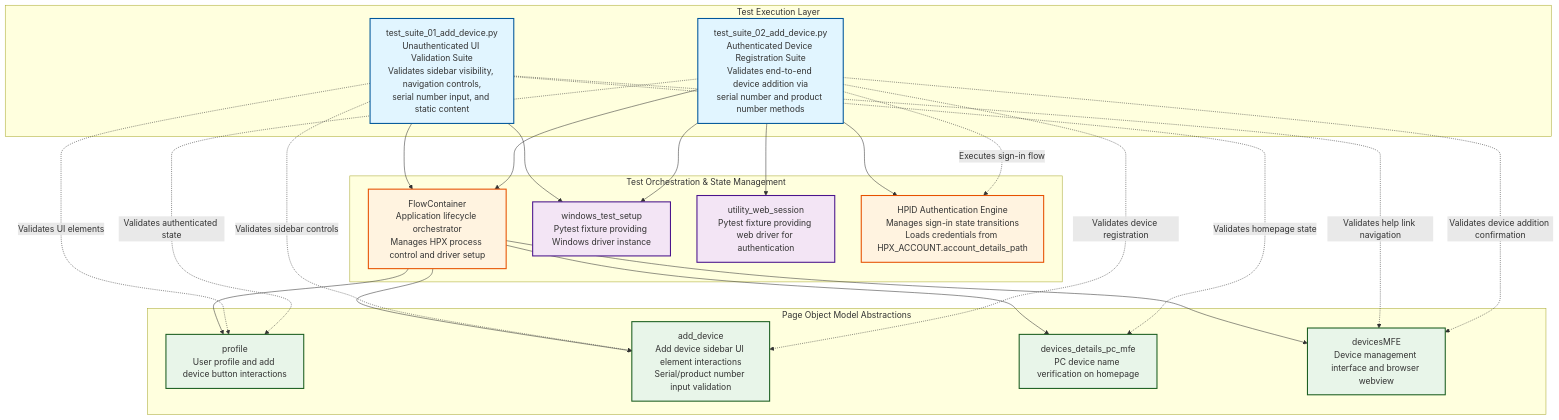
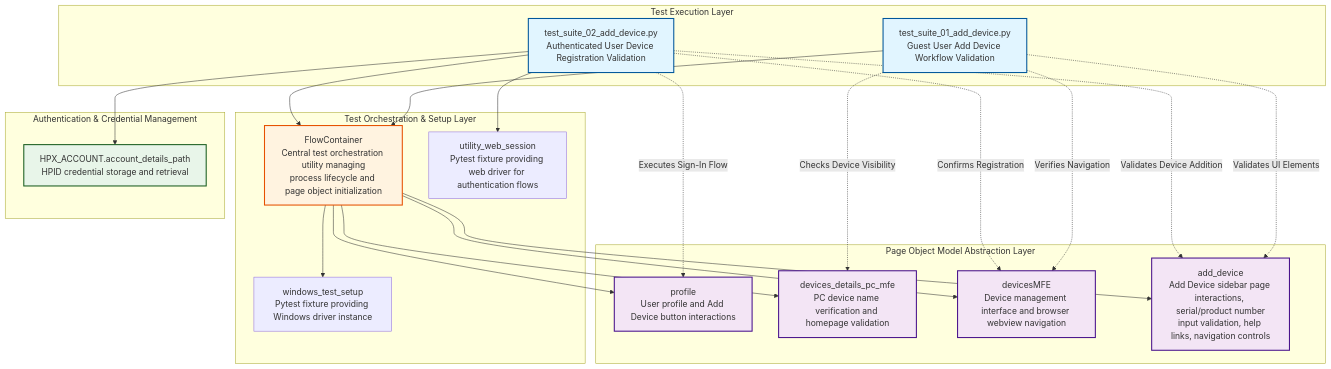
One commit to karthikeyansubhash/mobileappsrepo changed the diagram in Index_by_API/Docs/codebase_master_architecture_part_1.md. Above: the diagram before and after it, drawn with Mermaid. The commit also changed other lines of this file, not shown here.

Commit message:
Master Codebase Architecture Report Part 1

````diff
--- a/Index_by_API/Docs/codebase_master_architecture_part_1.md
+++ b/Index_by_API/Docs/codebase_master_architecture_part_1.md
@@ -36,54 +36,53 @@
 ```mermaid
 graph TB
     subgraph "Test Execution Layer"
-        TS1["test_suite_01_add_device.py<br/>Unauthenticated UI Validation Suite<br/>Validates sidebar visibility, navigation controls,<br/>serial number input, and static content"]
-        TS2["test_suite_02_add_device.py<br/>Authenticated Device Registration Suite<br/>Validates end-to-end device addition via<br/>serial number and product number methods"]
+        TS01[test_suite_01_add_device.py<br/>Guest User Add Device Workflow Validation]
+        TS02[test_suite_02_add_device.py<br/>Authenticated User Device Registration Validation]
     end
-
-    subgraph "Test Orchestration & State Management"
-        FC["FlowContainer<br/>Application lifecycle orchestrator<br/>Manages HPX process control and driver setup"]
-        WTS["windows_test_setup<br/>Pytest fixture providing Windows driver instance"]
-        UWS["utility_web_session<br/>Pytest fixture providing web driver for authentication"]
-        HPID["HPID Authentication Engine<br/>Manages sign-in state transitions<br/>Loads credentials from HPX_ACCOUNT.account_details_path"]
+    
+    subgraph "Test Orchestration & Setup Layer"
+        FC[FlowContainer<br/>Central test orchestration utility managing<br/>process lifecycle and page object initialization]
+        WTS[windows_test_setup<br/>Pytest fixture providing Windows driver instance]
+        UWS[utility_web_session<br/>Pytest fixture providing web driver for authentication flows]
     end
-
-    subgraph "Page Object Model Abstractions"
-        PROFILE["profile<br/>User profile and add device button interactions"]
-        ADD_DEV["add_device<br/>Add device sidebar UI element interactions<br/>Serial/product number input validation"]
-        DEV_DETAILS["devices_details_pc_mfe<br/>PC device name verification on homepage"]
-        DEV_MFE["devicesMFE<br/>Device management interface and browser webview"]
+    
+    subgraph "Page Object Model Abstraction Layer"
+        PROF[profile<br/>User profile and Add Device button interactions]
+        DDPC[devices_details_pc_mfe<br/>PC device name verification and homepage validation]
+        DMFE[devicesMFE<br/>Device management interface and browser webview navigation]
+        ADDDEV[add_device<br/>Add Device sidebar page interactions, serial/product number<br/>input validation, help links, navigation controls]
     end
-
-    TS1 --> FC
-    TS1 --> WTS
-    TS2 --> FC
-    TS2 --> WTS
-    TS2 --> UWS
-    TS2 --> HPID
-
-    FC --> PROFILE
-    FC --> ADD_DEV
-    FC --> DEV_DETAILS
-    FC --> DEV_MFE
-
-    TS1 -.->|Validates UI elements| PROFILE
-    TS1 -.->|Validates sidebar controls| ADD_DEV
-    TS1 -.->|Validates homepage state| DEV_DETAILS
-    TS1 -.->|Validates help link navigation| DEV_MFE
-
-    TS2 -.->|Executes sign-in flow| HPID
-    TS2 -.->|Validates authenticated state| PROFILE
-    TS2 -.->|Validates device registration| ADD_DEV
-    TS2 -.->|Validates device addition confirmation| DEV_MFE
-
-    style TS1 fill:#e1f5ff,stroke:#01579b,stroke-width:2px
-    style TS2 fill:#e1f5ff,stroke:#01579b,stroke-width:2px
+    
+    subgraph "Authentication & Credential Management"
+        HPID[HPX_ACCOUNT.account_details_path<br/>HPID credential storage and retrieval]
+    end
+    
+    TS01 --> FC
+    TS02 --> FC
+    TS02 --> UWS
+    
+    FC --> WTS
+    FC --> PROF
+    FC --> DDPC
+    FC --> DMFE
+    FC --> ADDDEV
+    
+    TS02 --> HPID
+    
+    TS01 -.->|Validates UI Elements| ADDDEV
+    TS01 -.->|Verifies Navigation| DMFE
+    TS01 -.->|Checks Device Visibility| DDPC
+    
+    TS02 -.->|Executes Sign-In Flow| PROF
+    TS02 -.->|Validates Device Addition| ADDDEV
+    TS02 -.->|Confirms Registration| DMFE
+    
+    style TS01 fill:#e1f5ff,stroke:#01579b,stroke-width:2px
+    style TS02 fill:#e1f5ff,stroke:#01579b,stroke-width:2px
     style FC fill:#fff3e0,stroke:#e65100,stroke-width:2px
-    style WTS fill:#f3e5f5,stroke:#4a148c,stroke-width:2px
-    style UWS fill:#f3e5f5,stroke:#4a148c,stroke-width:2px
-    style HPID fill:#fff3e0,stroke:#e65100,stroke-width:2px
-    style PROFILE fill:#e8f5e9,stroke:#1b5e20,stroke-width:2px
-    style ADD_DEV fill:#e8f5e9,stroke:#1b5e20,stroke-width:2px
-    style DEV_DETAILS fill:#e8f5e9,stroke:#1b5e20,stroke-width:2px
-    style DEV_MFE fill:#e8f5e9,stroke:#1b5e20,stroke-width:2px
+    style PROF fill:#f3e5f5,stroke:#4a148c,stroke-width:2px
+    style DDPC fill:#f3e5f5,stroke:#4a148c,stroke-width:2px
+    style DMFE fill:#f3e5f5,stroke:#4a148c,stroke-width:2px
+    style ADDDEV fill:#f3e5f5,stroke:#4a148c,stroke-width:2px
+    style HPID fill:#e8f5e9,stroke:#1b5e20,stroke-width:2px
 ```
````
